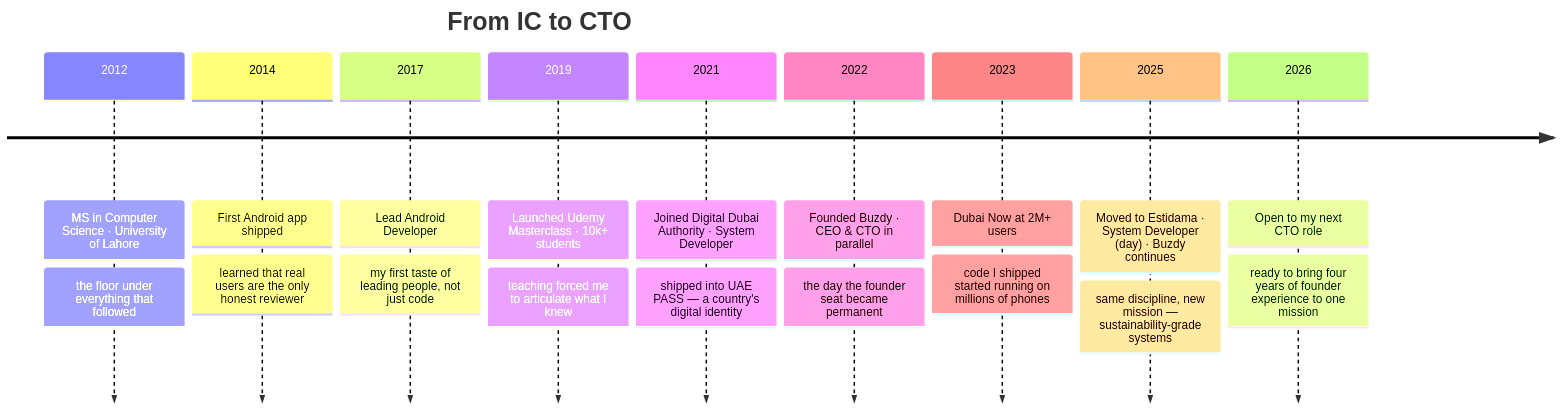
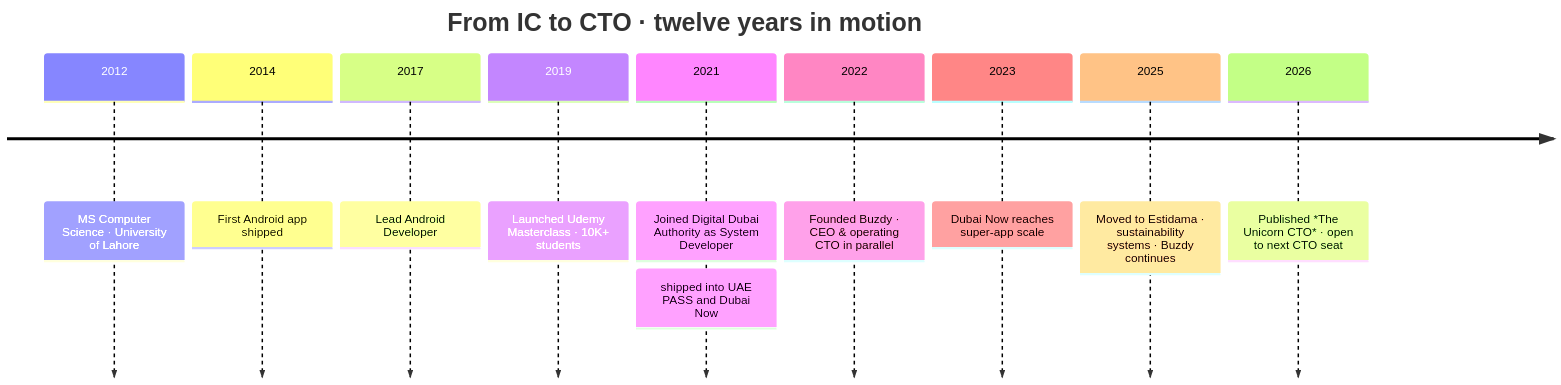
The diagram in README.md (ziacto/ziacto), drawn with Mermaid before and after one commit. The commit also changed other lines of this file, not shown here.

````diff
--- a/README.md
+++ b/README.md
@@ -514,22 +285,14 @@
 ```mermaid
 timeline
-  title From IC to CTO
-  2012 : MS in Computer Science · University of Lahore
-       : the floor under everything that followed
+  title From IC to CTO · twelve years in motion
+  2012 : MS Computer Science · University of Lahore
   2014 : First Android app shipped
-       : learned that real users are the only honest reviewer
   2017 : Lead Android Developer
-       : my first taste of leading people, not just code
-  2019 : Launched Udemy Masterclass · 10k+ students
-       : teaching forced me to articulate what I knew
-  2021 : Joined Digital Dubai Authority · System Developer
-       : shipped into UAE PASS — a country's digital identity
-  2022 : Founded Buzdy · CEO & CTO in parallel
-       : the day the founder seat became permanent
-  2023 : Dubai Now at 2M+ users
-       : code I shipped started running on millions of phones
-  2025 : Moved to Estidama · System Developer (day) · Buzdy continues
-       : same discipline, new mission — sustainability-grade systems
-  2026 : Open to my next CTO role
-       : ready to bring four years of founder experience to one mission
+  2019 : Launched Udemy Masterclass · 10K+ students
+  2021 : Joined Digital Dubai Authority as System Developer
+       : shipped into UAE PASS and Dubai Now
+  2022 : Founded Buzdy · CEO & operating CTO in parallel
+  2023 : Dubai Now reaches super-app scale
+  2025 : Moved to Estidama · sustainability systems · Buzdy continues
+  2026 : Published *The Unicorn CTO* · open to next CTO seat
 ```
````
